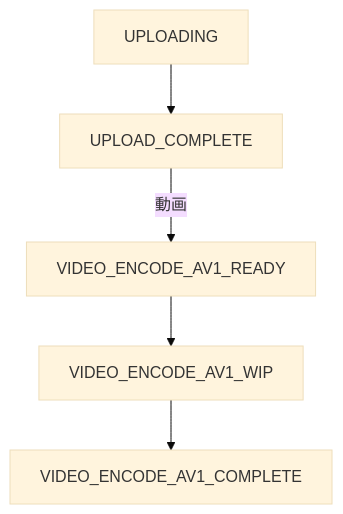
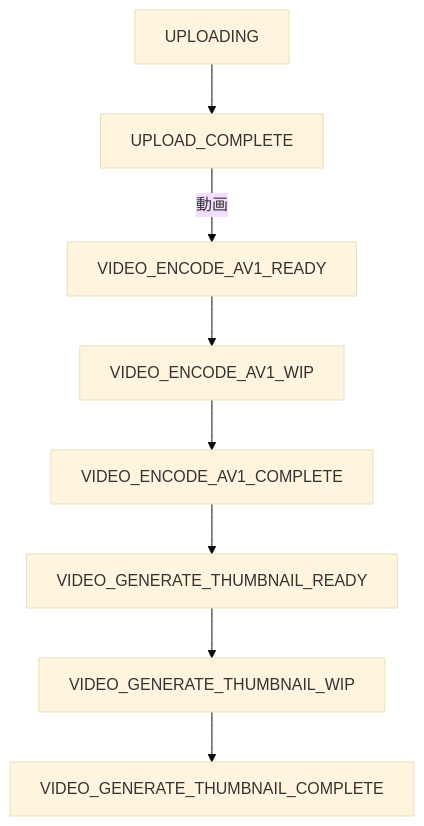
One commit to takanotaiga/horus_inference_server_2 changed the diagram in README.md. Above: the diagram before and after it, drawn with Mermaid (base theme). The commit also changed 3 other files, not shown here.

Commit message:
ADD VIDEO_GENERATE_THUMBNAIL ACTION

````diff
--- a/README.md
+++ b/README.md
@@ -5,8 +5,11 @@
 ```mermaid
 flowchart TB
     UPLOADING --> UPLOAD_COMPLETE
     UPLOAD_COMPLETE --動画--> VIDEO_ENCODE_AV1_READY
     VIDEO_ENCODE_AV1_READY --> VIDEO_ENCODE_AV1_WIP
     VIDEO_ENCODE_AV1_WIP --> VIDEO_ENCODE_AV1_COMPLETE
+    VIDEO_ENCODE_AV1_COMPLETE --> VIDEO_GENERATE_THUMBNAIL_READY
+    VIDEO_GENERATE_THUMBNAIL_READY --> VIDEO_GENERATE_THUMBNAIL_WIP
+    VIDEO_GENERATE_THUMBNAIL_WIP --> VIDEO_GENERATE_THUMBNAIL_COMPLETE
 
 ```
````
